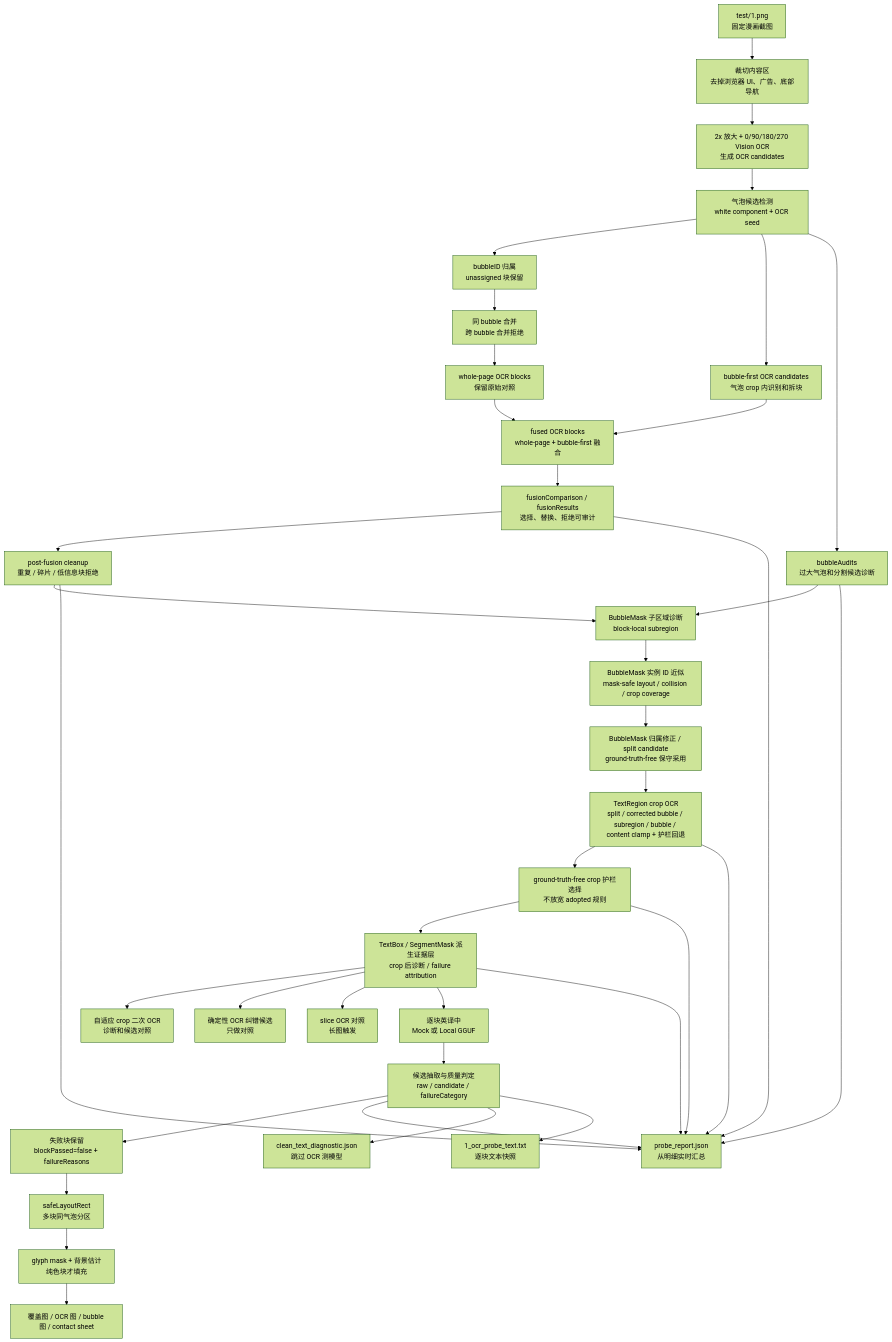
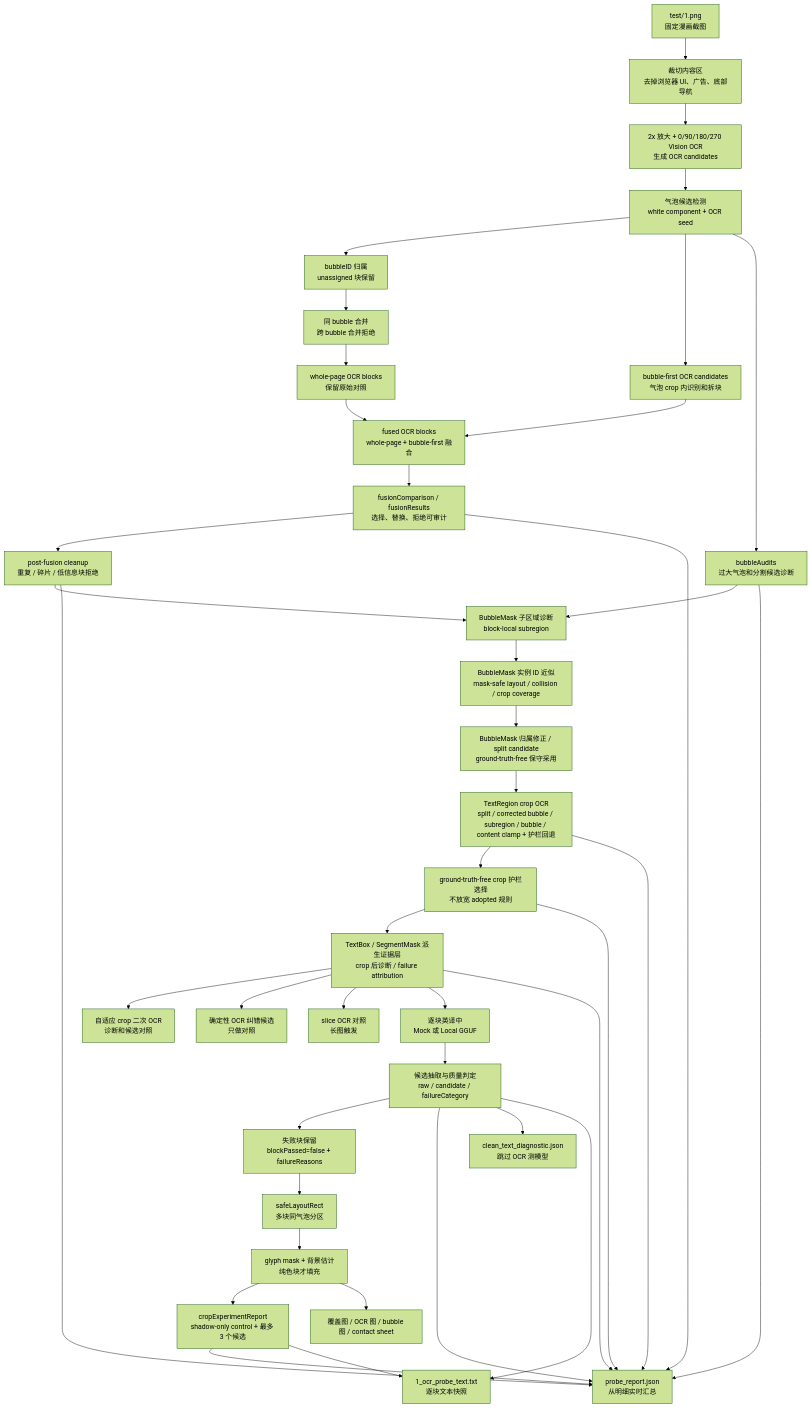
Before and after one commit to bengzhu/project1_lgbt_naxida: the second of 3 diagrams in md/flow/flowchart.md, drawn with Mermaid (forest theme). The commit also changed 11 other files, not shown here.

````diff
--- a/md/flow/flowchart.md
+++ b/md/flow/flowchart.md
@@ -48,49 +48,52 @@
 ```mermaid
 flowchart TD
   %% 输入：固定 bundle 素材
   A["test/1.png<br/>固定漫画截图"] --> B["裁切内容区<br/>去掉浏览器 UI、广告、底部导航"]
 
   %% OCR：整页与气泡候选
   B --> C["2x 放大 + 0/90/180/270 Vision OCR<br/>生成 OCR candidates"]
   C --> D["气泡候选检测<br/>white component + OCR seed"]
   D --> E["bubbleID 归属<br/>unassigned 块保留"]
   E --> F["同 bubble 合并<br/>跨 bubble 合并拒绝"]
   F --> W["whole-page OCR blocks<br/>保留原始对照"]
   D --> J["bubble-first OCR candidates<br/>气泡 crop 内识别和拆块"]
   W --> G["fused OCR blocks<br/>whole-page + bubble-first 融合"]
   J --> G
   G --> X["fusionComparison / fusionResults<br/>选择、替换、拒绝可审计"]
   X --> Y["post-fusion cleanup<br/>重复 / 碎片 / 低信息块拒绝"]
   Y --> U["BubbleMask 子区域诊断<br/>block-local subregion"]
   U --> BM["BubbleMask 实例 ID 近似<br/>mask-safe layout / collision / crop coverage"]
   BM --> BA["BubbleMask 归属修正 / split candidate<br/>ground-truth-free 保守采用"]
   BA --> V["TextRegion crop OCR<br/>split / corrected bubble / subregion / bubble / content clamp + 护栏回退"]
   V --> GV["ground-truth-free crop 护栏选择<br/>不放宽 adopted 规则"]
   GV --> TB["TextBox / SegmentMask 派生证据层<br/>crop 后诊断 / failure attribution"]
   D --> Z["bubbleAudits<br/>过大气泡和分割候选诊断"]
   Z --> U
 
   %% 诊断旁路：不替代主流程
   TB --> H["自适应 crop 二次 OCR<br/>诊断和候选对照"]
   TB --> I["确定性 OCR 纠错候选<br/>只做对照"]
   TB --> K["slice OCR 对照<br/>长图触发"]
 
   %% 翻译：逐块主路径
   TB --> L["逐块英译中<br/>Mock 或 Local GGUF"]
   L --> M["候选抽取与质量判定<br/>raw / candidate / failureCategory"]
   M --> N["失败块保留<br/>blockPassed=false + failureReasons"]
 
   %% 报告和渲染
   N --> O["safeLayoutRect<br/>多块同气泡分区"]
   O --> P["glyph mask + 背景估计<br/>纯色块才填充"]
+  P --> CE["cropExperimentReport<br/>shadow-only control + 最多 3 个候选"]
   P --> Q["覆盖图 / OCR 图 / bubble 图 / contact sheet"]
   M --> R["probe_report.json<br/>从明细实时汇总"]
   X --> R
   Y --> R
   V --> R
   GV --> R
   TB --> R
+  CE --> R
   Z --> R
   M --> S["clean_text_diagnostic.json<br/>跳过 OCR 测模型"]
   M --> T["1_ocr_probe_text.txt<br/>逐块文本快照"]
+  CE --> T
 ```
````
